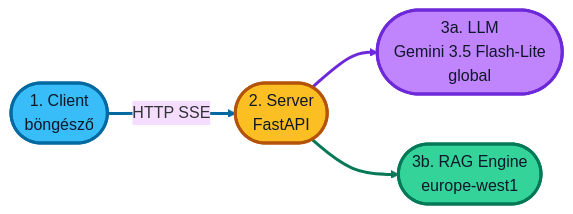
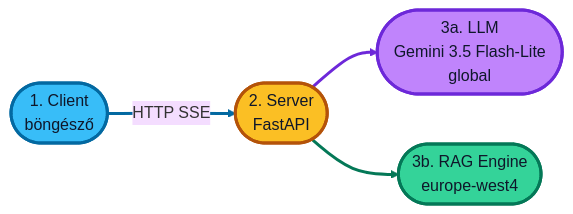
The diagram in rag-app/README.md (cloudsteak/trn-gcp-ai-rag), drawn with Mermaid before and after one commit. The commit also changed other lines of this file and 4 other files, not shown here.

First line of the commit message:
Update default region to europe-west4 (#8)

````diff
--- a/rag-app/README.md
+++ b/rag-app/README.md
@@ -9,21 +9,21 @@
 ```mermaid
 %%{init: {"theme": "base", "themeVariables": {"fontSize": "16px", "lineColor": "#334155"}, "flowchart": {"curve": "basis", "padding": 12}}}%%
 flowchart LR
   client(["1. Client<br/>böngésző"]) -->|"HTTP SSE"| server(["2. Server<br/>FastAPI"])
   server --> llm(["3a. LLM<br/>Gemini 3.5 Flash-Lite<br/>global"])
-  server --> rag(["3b. RAG Engine<br/>europe-west1"])
+  server --> rag(["3b. RAG Engine<br/>europe-west4"])
 
   classDef ui fill:#38bdf8,stroke:#0369a1,stroke-width:3px,color:#0f172a
   classDef app fill:#fbbf24,stroke:#b45309,stroke-width:3px,color:#0f172a
   classDef model fill:#c084fc,stroke:#6d28d9,stroke-width:3px,color:#0f172a
   classDef docs fill:#34d399,stroke:#047857,stroke-width:3px,color:#0f172a
 
   class client ui
   class server app
   class llm model
   class rag docs
 
   linkStyle 0 stroke:#0369a1,stroke-width:3px
   linkStyle 1 stroke:#6d28d9,stroke-width:3px
   linkStyle 2 stroke:#047857,stroke-width:3px
 ```
````
